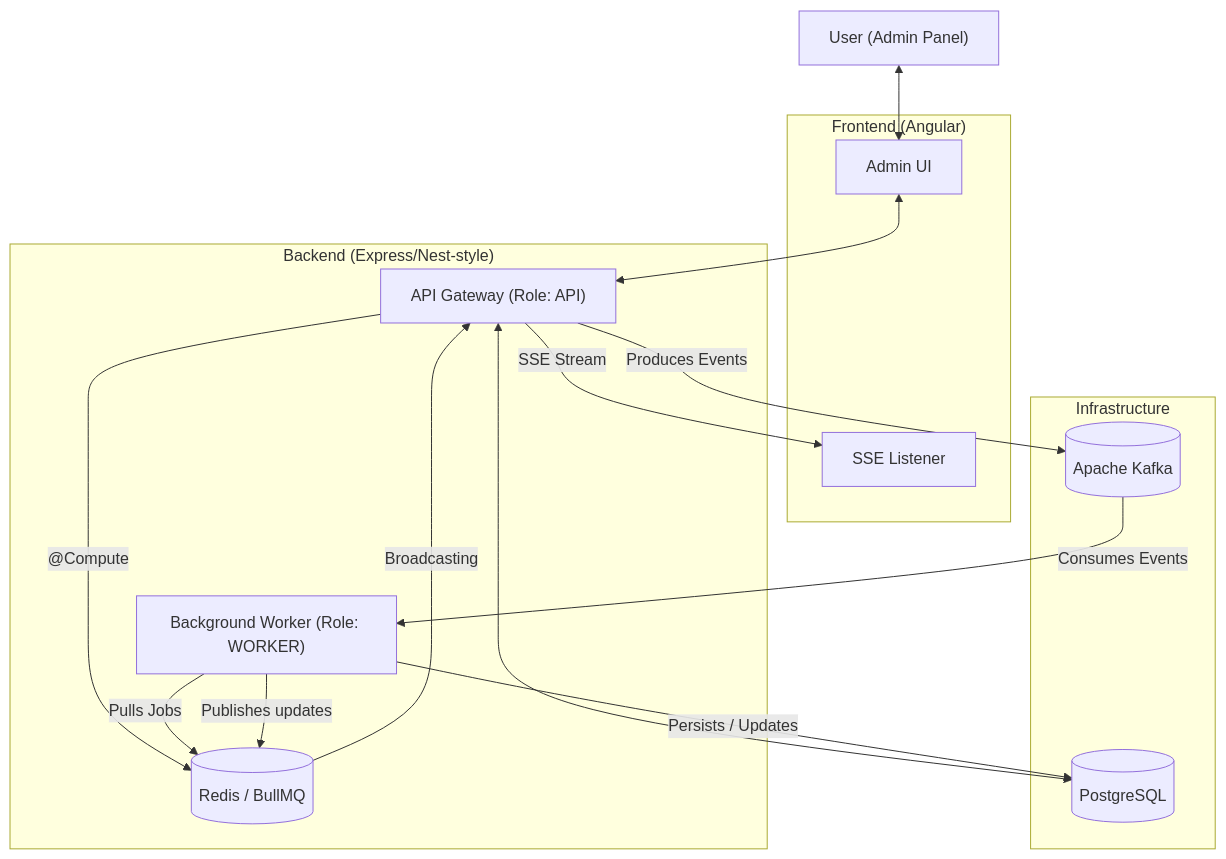
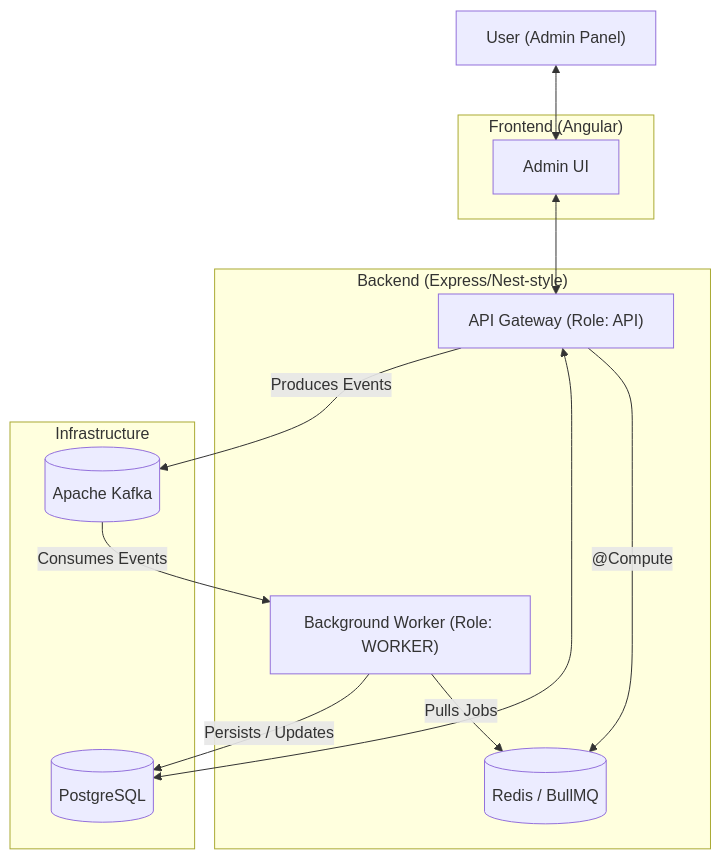
One commit to yavarguliyev/express-nest-blueprint changed the first of 2 diagrams in README.md. Above: the diagram before and after it, drawn with Mermaid. The commit also changed other lines of this file, not shown here.

Commit message:
docs: refine architecture diagrams and remove SSE/Notification references

````diff
--- a/README.md
+++ b/README.md
@@ -73,34 +73,30 @@
 ```mermaid
 graph TD
     User["User (Admin Panel)"]
     
     subgraph Frontend["Frontend (Angular)"]
         UI["Admin UI"]
-        SSE["SSE Listener"]
     end
 
     subgraph Backend["Backend (Express/Nest-style)"]
         API["API Gateway (Role: API)"]
         Worker["Background Worker (Role: WORKER)"]
         
         API -- "@Compute" --> Redis
         Worker -- "Pulls Jobs" --> Redis
     end
 
     subgraph Infra["Infrastructure"]
         Postgres[("PostgreSQL")]
         Redis[("Redis / BullMQ")]
         Kafka[("Apache Kafka")]
     end
 
     User <--> UI
     UI <--> API
     API <--> Postgres
     
     API -- "Produces Events" --> Kafka
     Kafka -- "Consumes Events" --> Worker
     Worker -- "Persists / Updates" --> Postgres
-    Worker -- "Publishes updates" --> Redis
-    Redis -- "Broadcasting" --> API
-    API -- "SSE Stream" --> SSE
 ```
````
